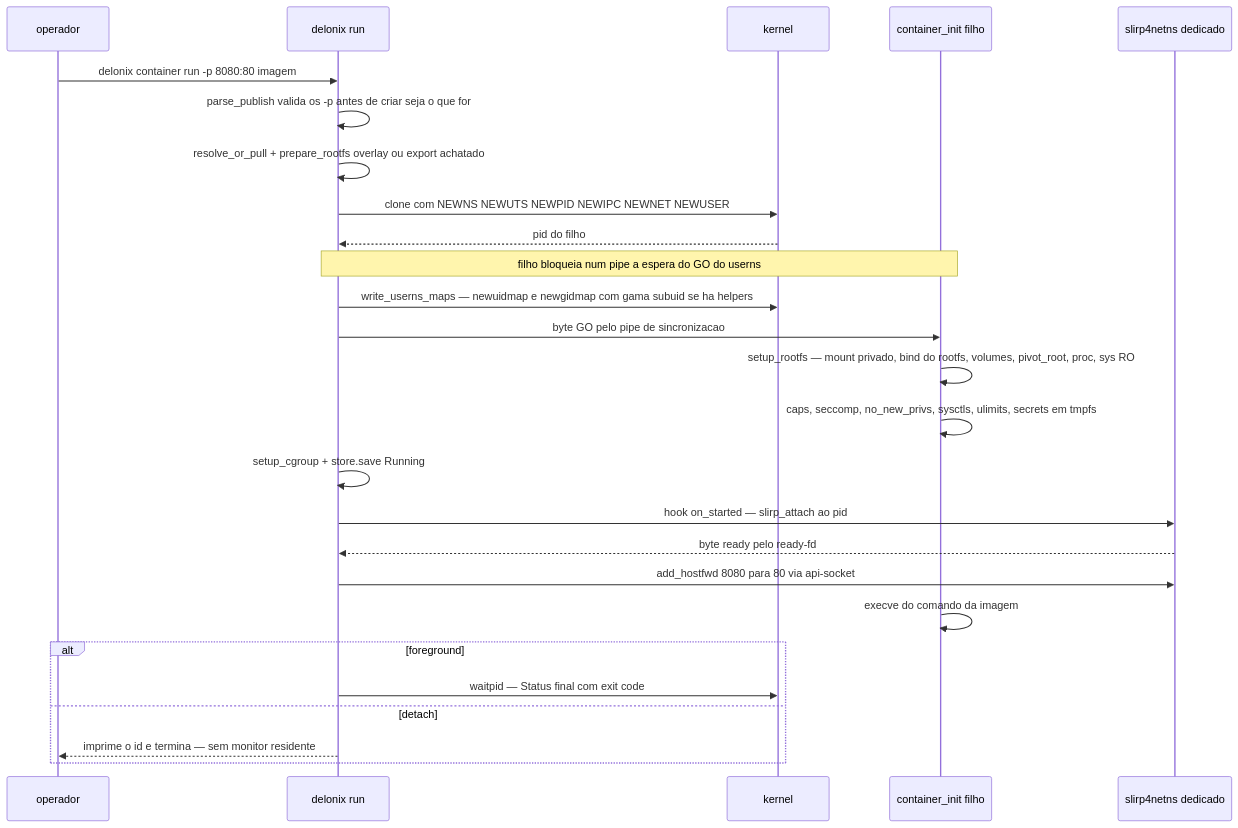
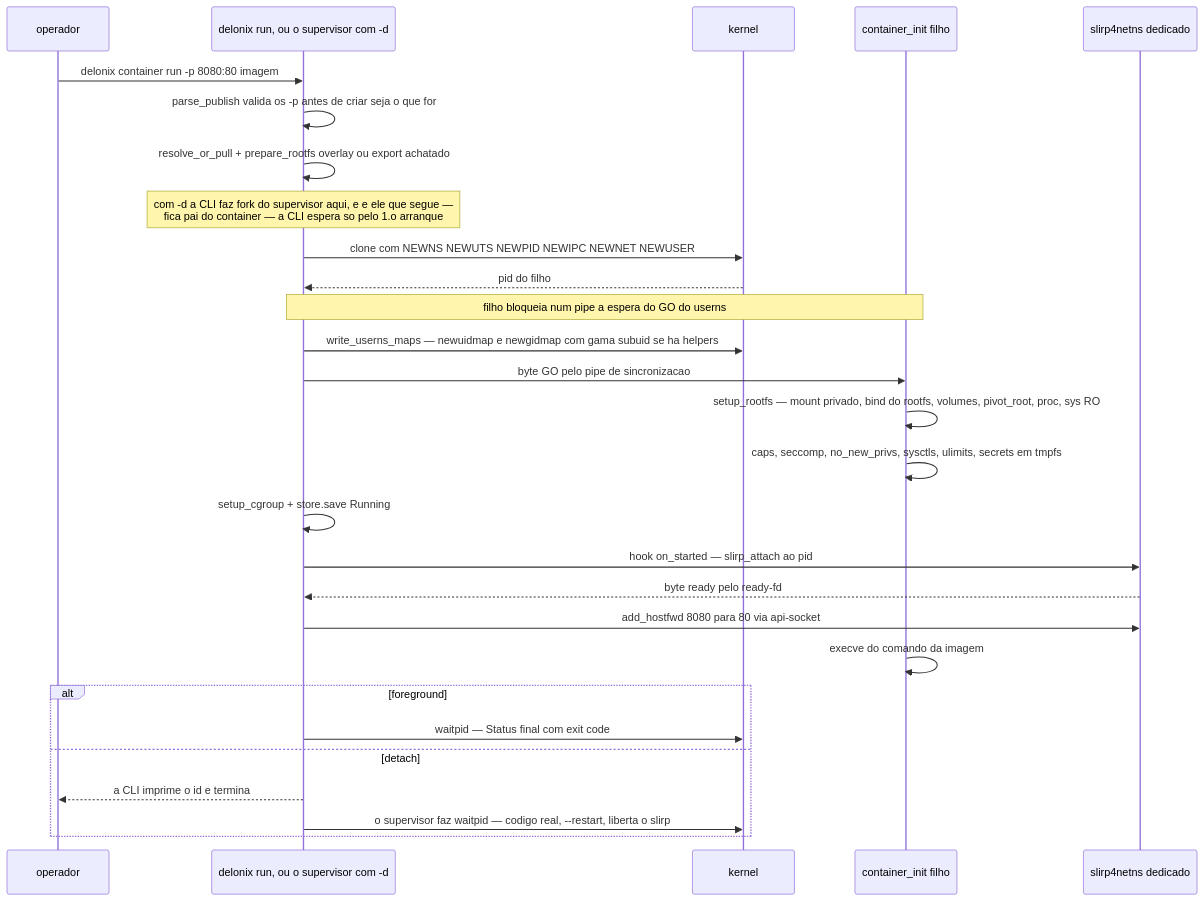
One commit to ngolacloud/delonix changed the fourth of 7 diagrams in ARCHITECTURE.md. Above: the diagram before and after it, drawn with Mermaid. The commit also changed other lines of this file and 25 other files, not shown here.

First line of the commit message:
docs(architecture): a documentação dos #1044, #1049, #1047 e #1048 chega a main com a v0.2.1 (#1062)

````diff
--- a/ARCHITECTURE.md
+++ b/ARCHITECTURE.md
@@ -433,29 +727,31 @@
 ```mermaid
 sequenceDiagram
     participant U as operador
-    participant CLI as delonix run
+    participant CLI as delonix run, ou o supervisor com -d
     participant K as kernel
     participant INIT as container_init filho
     participant S as slirp4netns dedicado
 
     U->>CLI: delonix container run -p 8080:80 imagem
     CLI->>CLI: parse_publish valida os -p antes de criar seja o que for
     CLI->>CLI: resolve_or_pull + prepare_rootfs overlay ou export achatado
+    Note over CLI: com -d a CLI faz fork do supervisor aqui, e e ele que segue —<br>fica pai do container — a CLI espera so pelo 1.o arranque
     CLI->>K: clone com NEWNS NEWUTS NEWPID NEWIPC NEWNET NEWUSER
     K-->>CLI: pid do filho
     Note over CLI,INIT: filho bloqueia num pipe a espera do GO do userns
     CLI->>K: write_userns_maps — newuidmap e newgidmap com gama subuid se ha helpers
     CLI->>INIT: byte GO pelo pipe de sincronizacao
     INIT->>INIT: setup_rootfs — mount privado, bind do rootfs, volumes, pivot_root, proc, sys RO
     INIT->>INIT: caps, seccomp, no_new_privs, sysctls, ulimits, secrets em tmpfs
     CLI->>CLI: setup_cgroup + store.save Running
     CLI->>S: hook on_started — slirp_attach ao pid
     S-->>CLI: byte ready pelo ready-fd
     CLI->>S: add_hostfwd 8080 para 80 via api-socket
     INIT->>INIT: execve do comando da imagem
     alt foreground
         CLI->>K: waitpid — Status final com exit code
     else detach
-        CLI-->>U: imprime o id e termina — sem monitor residente
+        CLI-->>U: a CLI imprime o id e termina
+        CLI->>K: o supervisor faz waitpid — codigo real, --restart, liberta o slirp
     end
 ```
````
